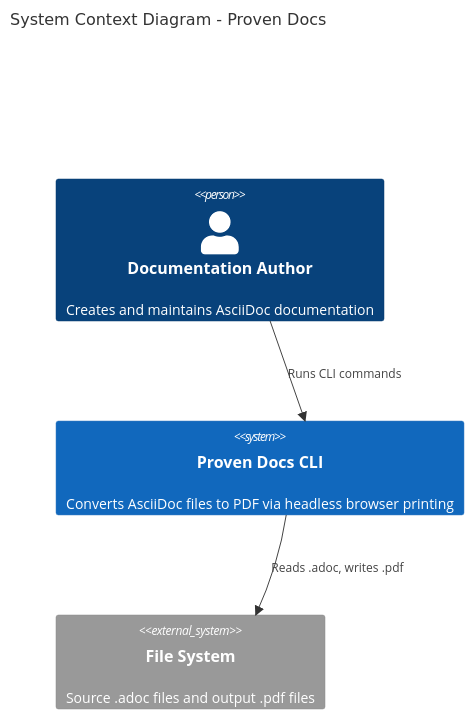
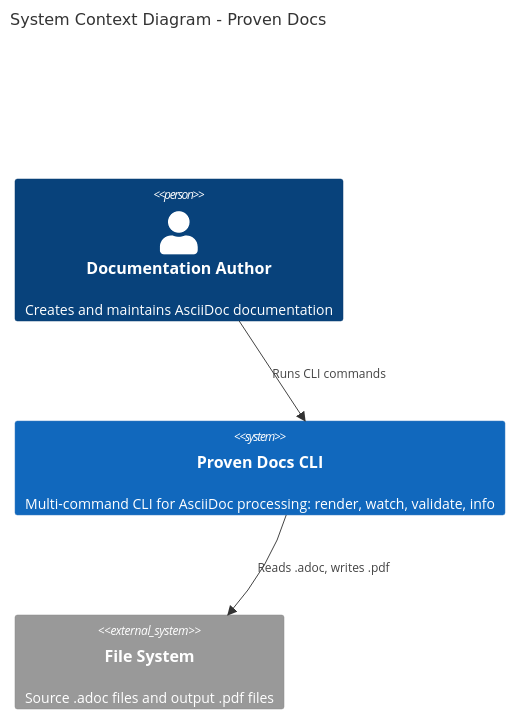
The first of 2 diagrams in docs/architecture.adoc (provenimpact/proven-docs), drawn with Mermaid before and after one commit. The commit also changed other lines of this file and 28 other files, not shown here.

```diff
--- a/docs/architecture.adoc
+++ b/docs/architecture.adoc
@@ -25,12 +28,12 @@
 [source,mermaid]
 ----
 C4Context
   title System Context Diagram - Proven Docs
 
   Person(author, "Documentation Author", "Creates and maintains AsciiDoc documentation")
-  System(provendocs, "Proven Docs CLI", "Converts AsciiDoc files to PDF via headless browser printing")
+  System(provendocs, "Proven Docs CLI", "Multi-command CLI for AsciiDoc processing: render, watch, validate, info")
   System_Ext(filesystem, "File System", "Source .adoc files and output .pdf files")
 
   Rel(author, provendocs, "Runs CLI commands")
   Rel(provendocs, filesystem, "Reads .adoc, writes .pdf")
 ----
```
